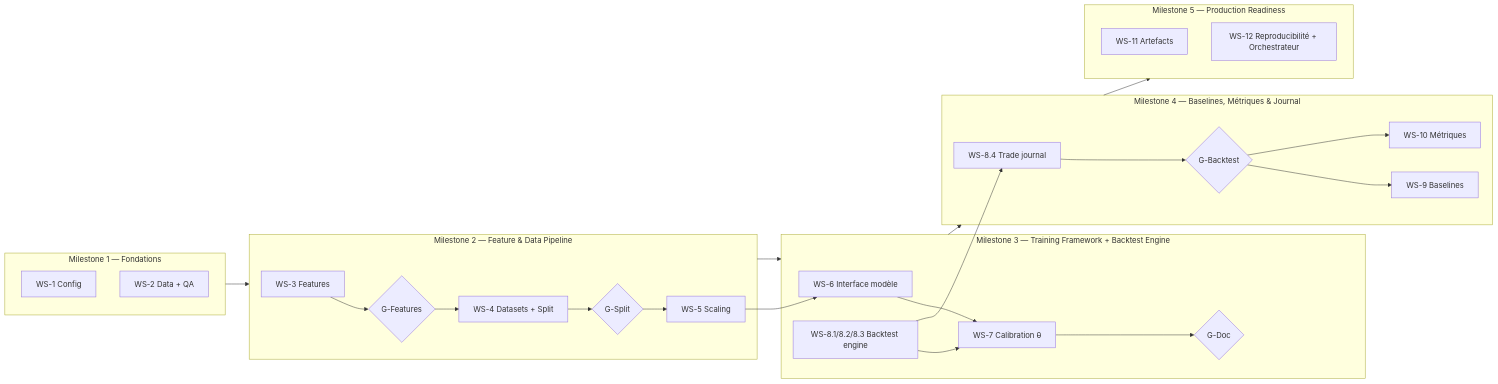
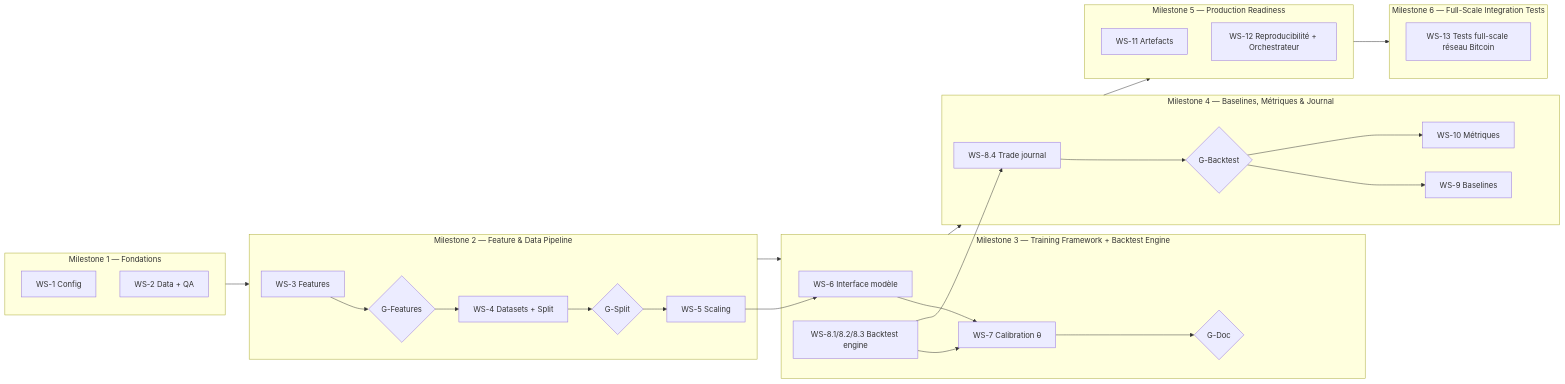
Before and after one commit to Nexgear75/ai_trading_agent: the first of 3 diagrams in docs/plan/implementation.md, drawn with Mermaid. The commit also changed other lines of this file and 6 other files, not shown here.

````diff
--- a/docs/plan/implementation.md
+++ b/docs/plan/implementation.md
@@ -36,40 +37,43 @@
 ```mermaid
 flowchart LR
   subgraph M1["Milestone 1 — Fondations"]
     WS1[WS-1 Config]
     WS2[WS-2 Data + QA]
   end
   subgraph M2["Milestone 2 — Feature & Data Pipeline"]
     WS3[WS-3 Features]
     GF{G-Features}
     WS4[WS-4 Datasets + Split]
     GS{G-Split}
     WS5[WS-5 Scaling]
   end
   subgraph M3["Milestone 3 — Training Framework + Backtest Engine"]
     WS6[WS-6 Interface modèle]
     WS7[WS-7 Calibration θ]
     WS8a[WS-8.1/8.2/8.3 Backtest engine]
     GD{G-Doc}
   end
   subgraph M4["Milestone 4 — Baselines, Métriques & Journal"]
     WS8b[WS-8.4 Trade journal]
     GB{G-Backtest}
     WS9[WS-9 Baselines]
     WS10[WS-10 Métriques]
   end
   subgraph M5["Milestone 5 — Production Readiness"]
     WS11[WS-11 Artefacts]
     WS12[WS-12 Reproducibilité + Orchestrateur]
   end
+  subgraph M6["Milestone 6 — Full-Scale Integration Tests"]
+    WS13[WS-13 Tests full-scale réseau Bitcoin]
+  end
   WS3 --> GF --> WS4
   WS4 --> GS --> WS5
   WS5 --> WS6
   WS6 --> WS7
   WS8a --> WS7
   WS8a --> WS8b
   WS8b --> GB --> WS9
   GB --> WS10
   WS7 --> GD
-  M1 --> M2 --> M3 --> M4 --> M5
+  M1 --> M2 --> M3 --> M4 --> M5 --> M6
 ```
````
